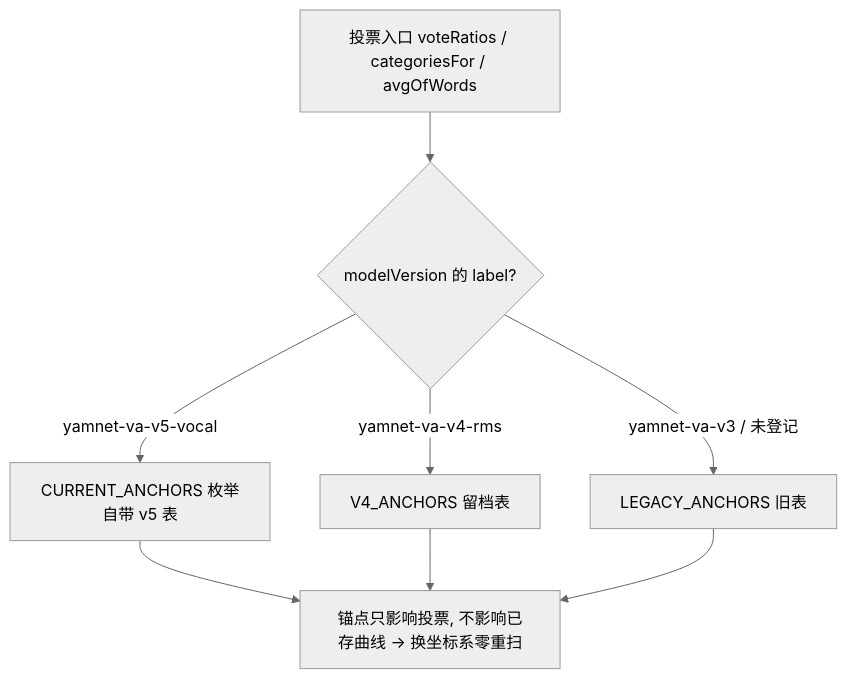
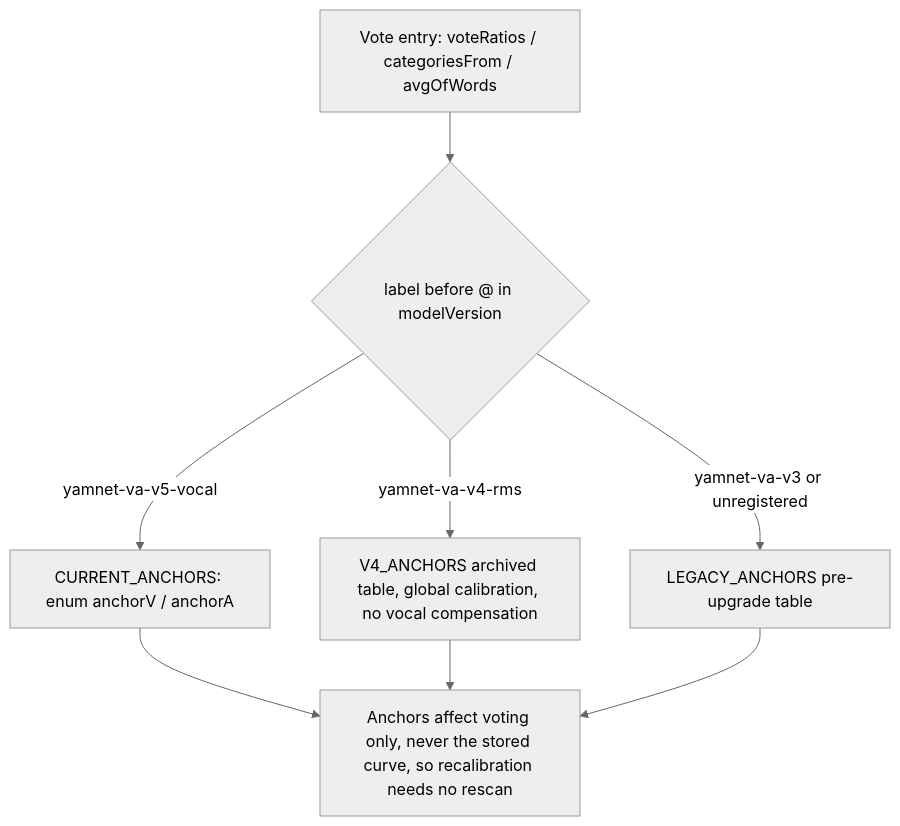
One commit to DefineMyCode/melody-in-heart-x changed the first of 2 diagrams in openwiki/concepts/emotion-model.md. Above: the diagram before and after it, drawn with Mermaid (neutral theme). The commit also changed other lines of this file and 42 other files, not shown here.

````diff
--- a/openwiki/concepts/emotion-model.md
+++ b/openwiki/concepts/emotion-model.md
@@ -125,10 +112,10 @@
 ```mermaid
 flowchart TD
-    A["投票入口 voteRatios / categoriesFor / avgOfWords"] --> B{"modelVersion 的 label?"}
-    B -->|"yamnet-va-v5-vocal"| C["CURRENT_ANCHORS 枚举自带 v5 表"]
-    B -->|"yamnet-va-v4-rms"| D["V4_ANCHORS 留档表"]
-    B -->|"yamnet-va-v3 / 未登记"| E["LEGACY_ANCHORS 旧表"]
-    C --> V[锚点只影响投票, 不影响已存曲线 → 换坐标系零重扫]
+    A["Vote entry: voteRatios / categoriesFrom / avgOfWords"] --> B{"label before @ in modelVersion"}
+    B -->|"yamnet-va-v5-vocal"| C["CURRENT_ANCHORS: enum anchorV / anchorA"]
+    B -->|"yamnet-va-v4-rms"| D["V4_ANCHORS archived table, global calibration, no vocal compensation"]
+    B -->|"yamnet-va-v3 or unregistered"| E["LEGACY_ANCHORS pre-upgrade table"]
+    C --> V["Anchors affect voting only, never the stored curve, so recalibration needs no rescan"]
     D --> V
     E --> V
 ```
````
